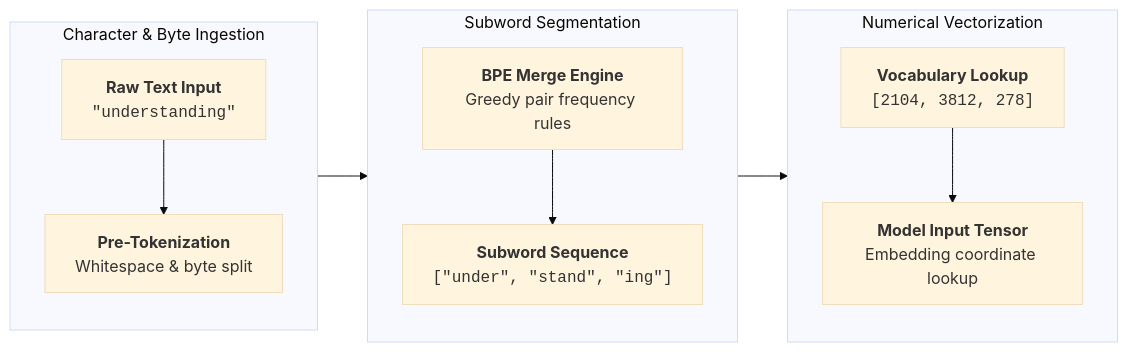
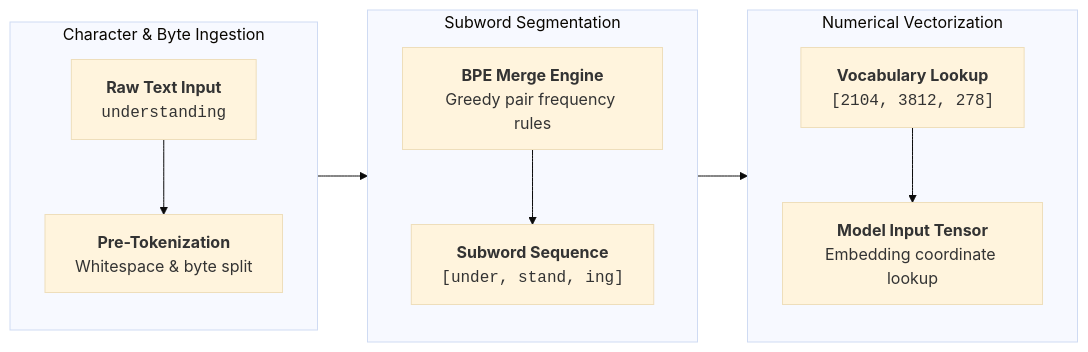
Before and after one commit to shotsan/llmnerd: the diagram in content/foundations/tokenization.md, drawn with Mermaid (base theme). The commit also changed other lines of this file and 10 other files, not shown here.

````diff
--- a/content/foundations/tokenization.md
+++ b/content/foundations/tokenization.md
@@ -24,22 +24,22 @@
 ```mermaid
 flowchart LR
     subgraph S1["Character & Byte Ingestion"]
         direction TB
-        A["<b>Raw Text Input</b><br/><code>&quot;understanding&quot;</code>"]
+        A["<b>Raw Text Input</b><br/><code>understanding</code>"]
         --> B["<b>Pre-Tokenization</b><br/>Whitespace & byte split"]
     end
 
     subgraph S2["Subword Segmentation"]
         direction TB
         C["<b>BPE Merge Engine</b><br/>Greedy pair frequency rules"]
-        --> D["<b>Subword Sequence</b><br/><code>[&quot;under&quot;,&nbsp;&quot;stand&quot;,&nbsp;&quot;ing&quot;]</code>"]
+        --> D["<b>Subword Sequence</b><br/><code>[under,&nbsp;stand,&nbsp;ing]</code>"]
     end
 
     subgraph S3["Numerical Vectorization"]
         direction TB
         E["<b>Vocabulary Lookup</b><br/><code>[2104,&nbsp;3812,&nbsp;278]</code>"]
         --> F["<b>Model Input Tensor</b><br/>Embedding coordinate lookup"]
     end
 
     S1 --> S2 --> S3
 ```
````
